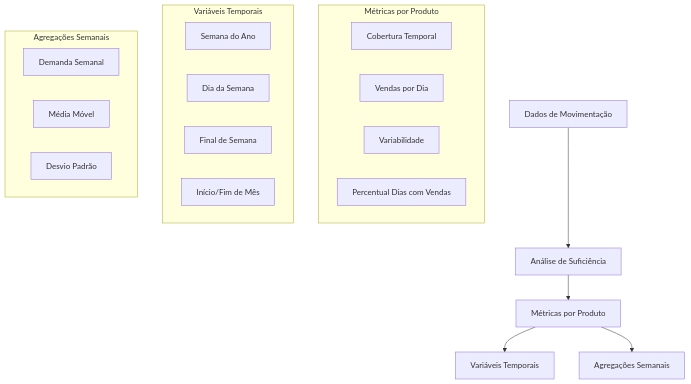
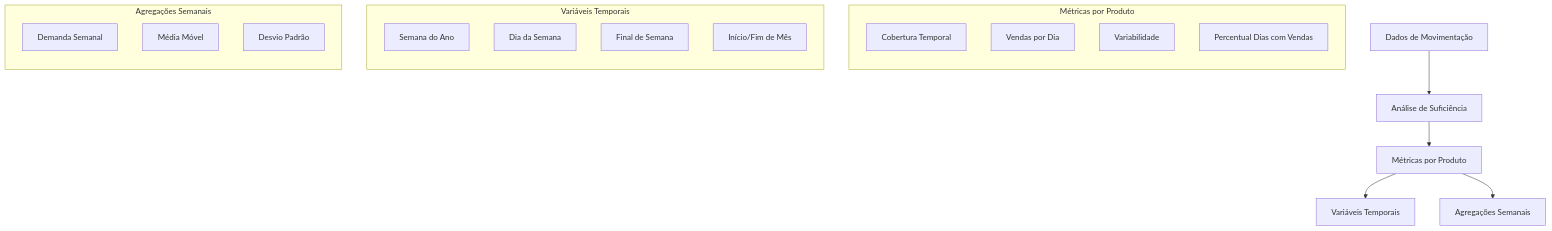
The third of 3 diagrams in README.md (edi414/mvp2_graduate), drawn with Mermaid before and after one commit. The commit also changed other lines of this file, not shown here.

````diff
--- a/README.md
+++ b/README.md
@@ -103,27 +105,30 @@
   ```mermaid
-  graph TD
+  flowchart TD
       A[Dados de Movimentação] --> B[Análise de Suficiência]
       B --> C[Métricas por Produto]
       C --> D[Variáveis Temporais]
       C --> E[Agregações Semanais]
       
       subgraph "Métricas por Produto"
+          direction TB
           C1[Cobertura Temporal]
           C2[Vendas por Dia]
           C3[Variabilidade]
           C4[Percentual Dias com Vendas]
       end
       
       subgraph "Variáveis Temporais"
+          direction TB
           D1[Semana do Ano]
           D2[Dia da Semana]
           D3[Final de Semana]
           D4[Início/Fim de Mês]
       end
       
       subgraph "Agregações Semanais"
+          direction TB
           E1[Demanda Semanal]
           E2[Média Móvel]
           E3[Desvio Padrão]
       end
   ```
````
